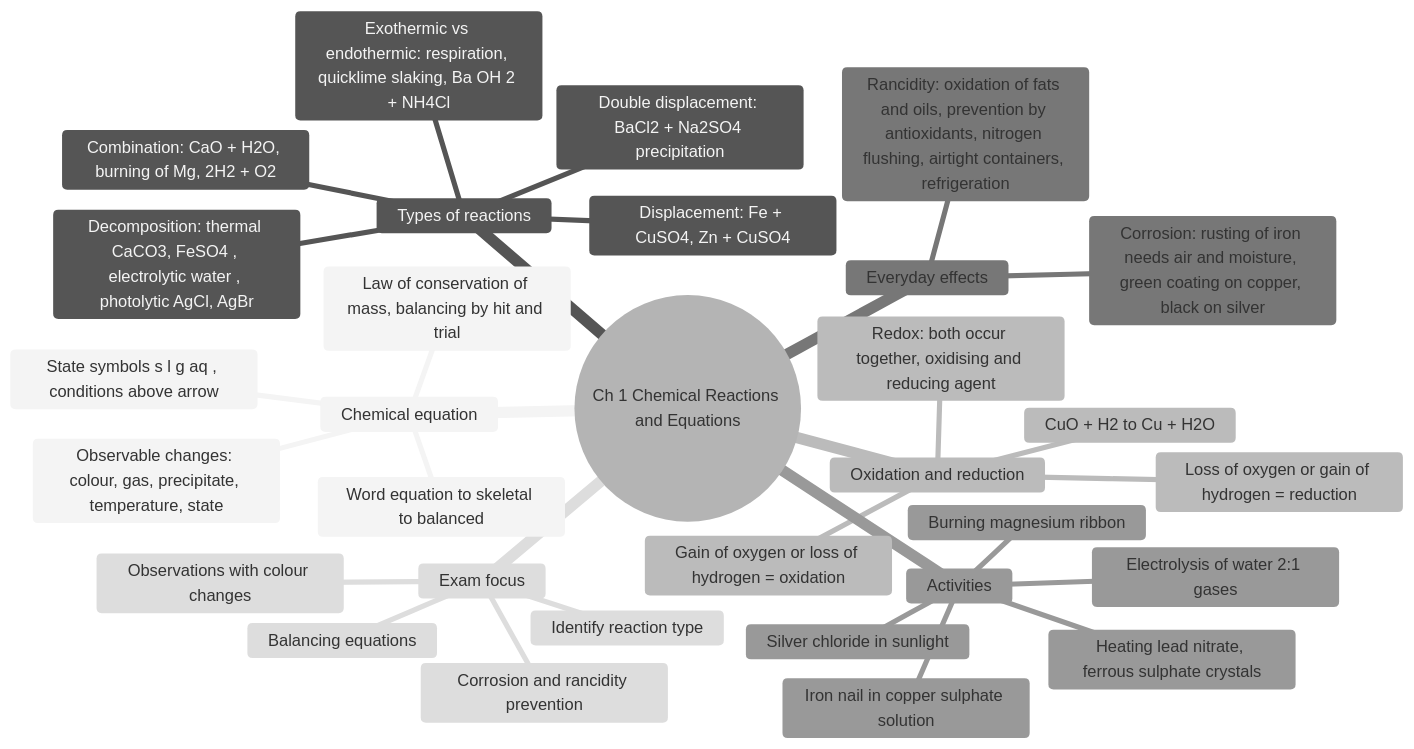
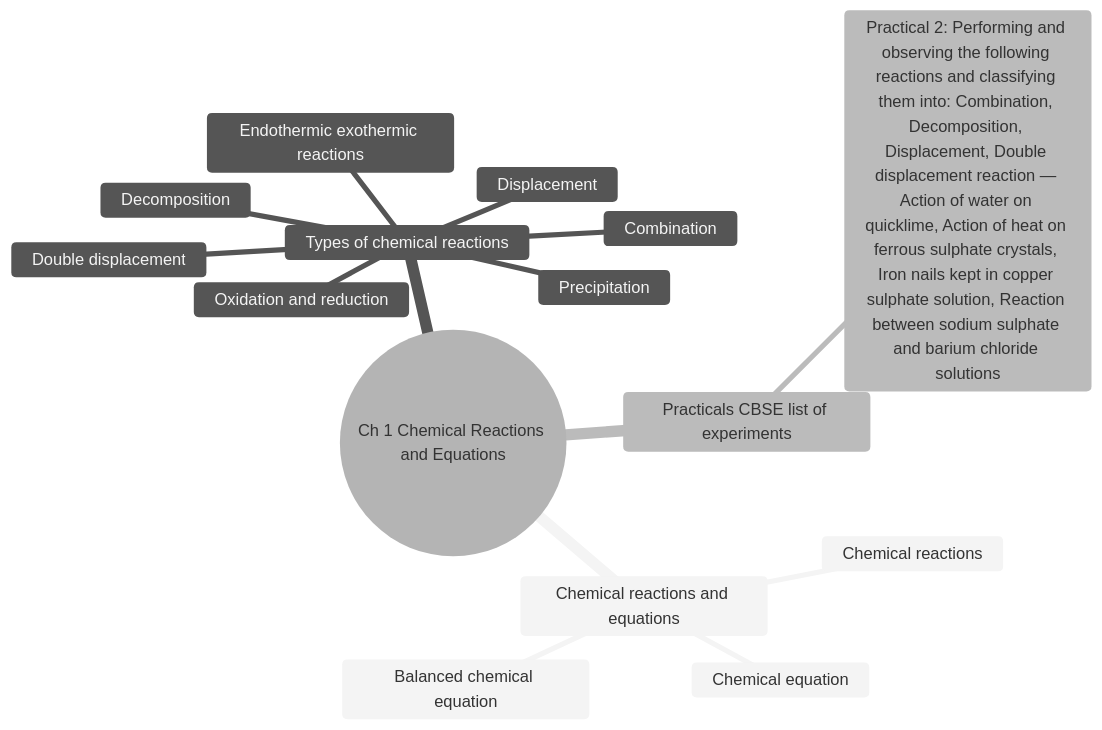
Before and after one commit to anveshix/ifinite-horizon: the diagram in docs/chapters/X-01-chemical-reactions-and-equations.md, drawn with Mermaid (neutral theme). The commit also changed other lines of this file and 22 other files, not shown here.

First line of the commit message:
fix(mindmap): rebuild Class X deep maps from the CBSE 2026-27 PDF; correct formative-only scope (Evolution, Motor/EMI/Generator only); add PDF-derived inventory

````diff
--- a/docs/chapters/X-01-chemical-reactions-and-equations.md
+++ b/docs/chapters/X-01-chemical-reactions-and-equations.md
@@ -5,34 +5,18 @@
 ```mermaid
 mindmap
   root((Ch 1 Chemical Reactions and Equations))
-    Chemical equation
-      Word equation to skeletal to balanced
-      Law of conservation of mass, balancing by hit and trial
-      State symbols s l g aq , conditions above arrow
-      Observable changes: colour, gas, precipitate, temperature, state
-    Types of reactions
-      Combination: CaO + H2O, burning of Mg, 2H2 + O2
-      Decomposition: thermal CaCO3, FeSO4 , electrolytic water , photolytic AgCl, AgBr
-      Displacement: Fe + CuSO4, Zn + CuSO4
-      Double displacement: BaCl2 + Na2SO4 precipitation
-      Exothermic vs endothermic: respiration, quicklime slaking, Ba OH 2 + NH4Cl
-    Oxidation and reduction
-      Gain of oxygen or loss of hydrogen = oxidation
-      Loss of oxygen or gain of hydrogen = reduction
-      Redox: both occur together, oxidising and reducing agent
-      CuO + H2 to Cu + H2O
-    Everyday effects
-      Corrosion: rusting of iron needs air and moisture, green coating on copper, black on silver
-      Rancidity: oxidation of fats and oils, prevention by antioxidants, nitrogen flushing, airtight containers, refrigeration
-    Activities
-      Burning magnesium ribbon
-      Iron nail in copper sulphate solution
-      Heating lead nitrate, ferrous sulphate crystals
-      Electrolysis of water 2:1 gases
-      Silver chloride in sunlight
-    Exam focus
-      Balancing equations
-      Identify reaction type
-      Observations with colour changes
-      Corrosion and rancidity prevention
+    Chemical reactions and equations
+      Chemical reactions
+      Chemical equation
+      Balanced chemical equation
+    Types of chemical reactions
+      Combination
+      Decomposition
+      Displacement
+      Double displacement
+      Precipitation
+      Endothermic exothermic reactions
+      Oxidation and reduction
+    Practicals CBSE list of experiments
+      Practical 2: Performing and observing the following reactions and classifying them into: Combination, Decomposition, Displacement, Double displacement reaction — Action of water on quicklime, Action of heat on ferrous sulphate crystals, Iron nails kept in copper sulphate solution, Reaction between sodium sulphate and barium chloride solutions
 ```
````
